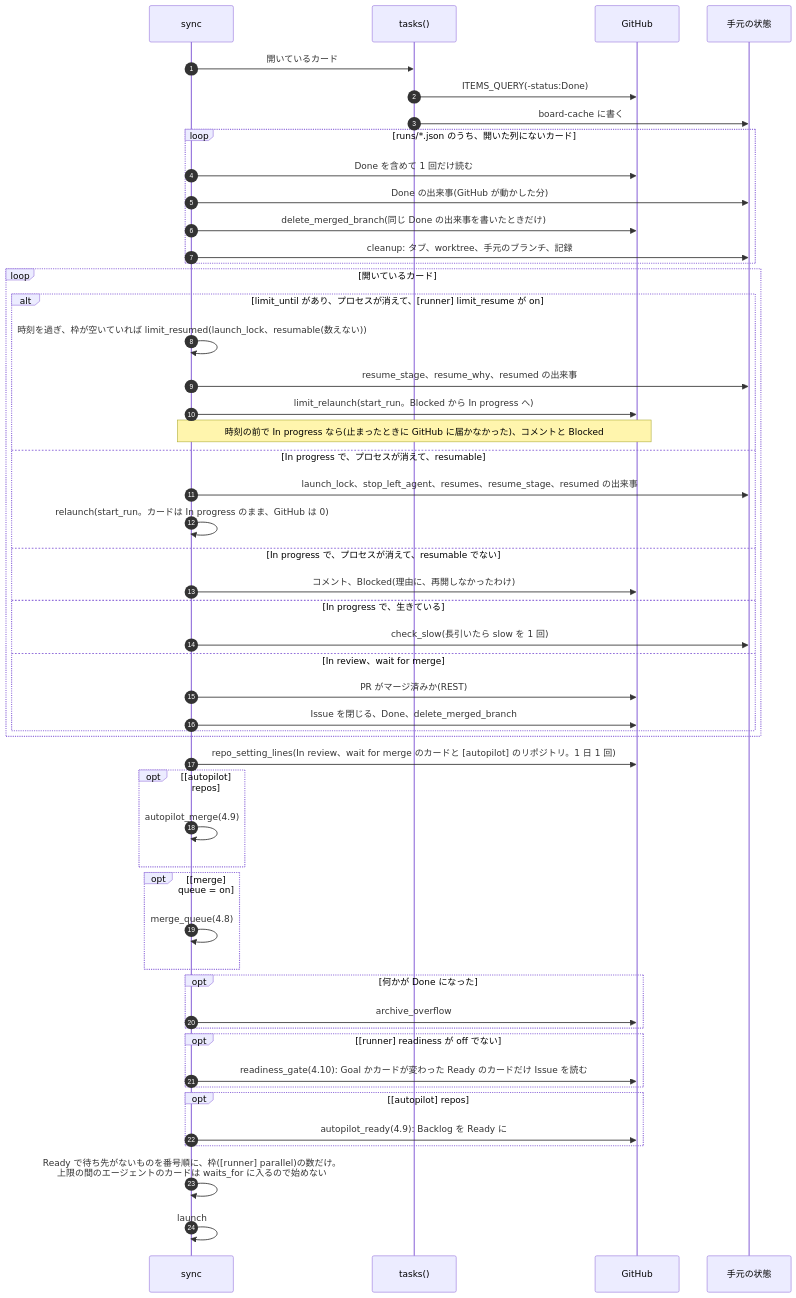
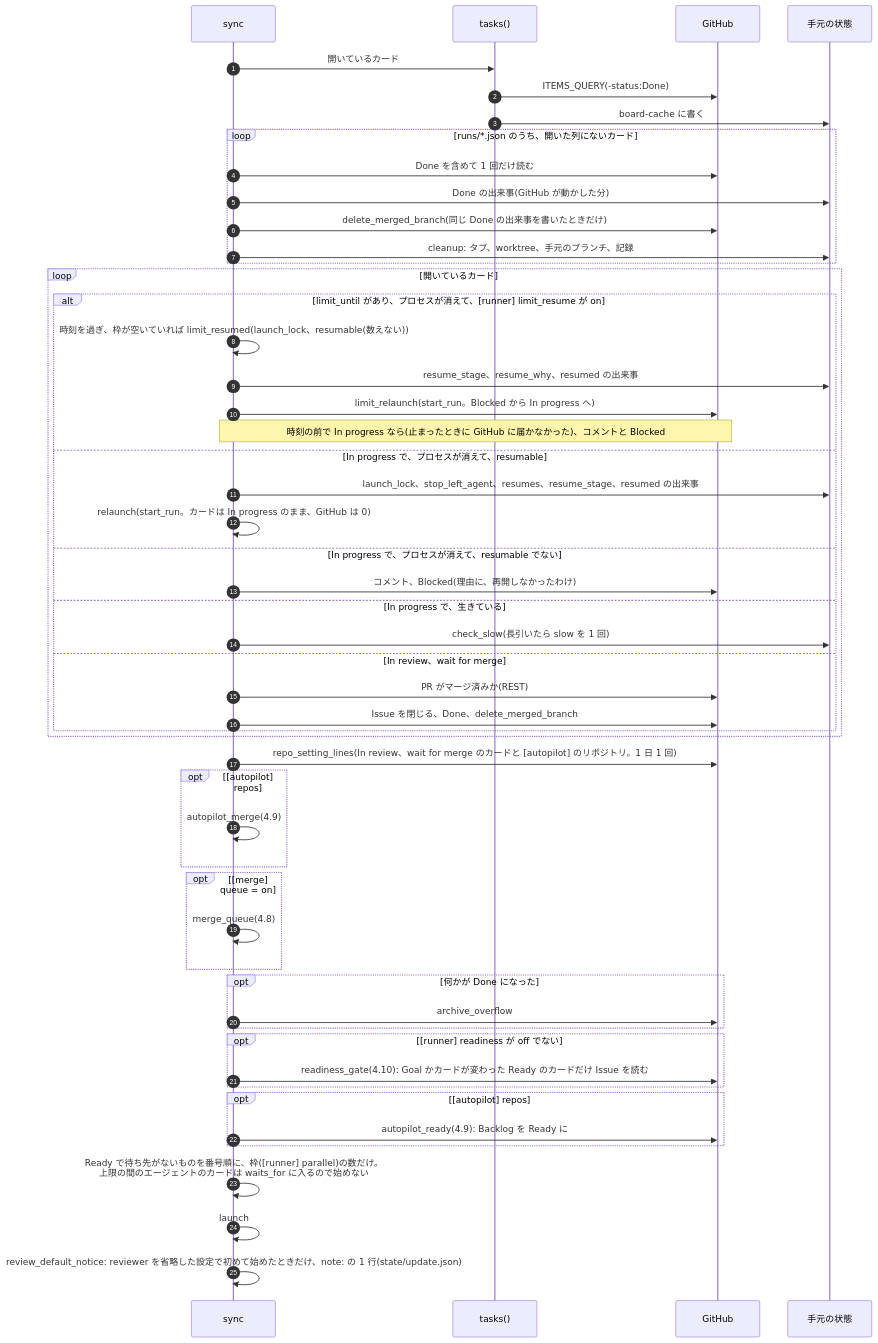
One commit to jyoka/task-hub changed the fourth of 10 diagrams in docs/architecture/lld.md. Above: the diagram before and after it, drawn with Mermaid. The commit also changed other lines of this file and 18 other files, not shown here.

````diff
--- a/docs/architecture/lld.md
+++ b/docs/architecture/lld.md
@@ -251,53 +251,54 @@
 ```mermaid
 sequenceDiagram
     autonumber
     participant S as sync
     participant B as tasks()
     participant GH as GitHub
     participant L as 手元の状態
     S->>B: 開いているカード
     B->>GH: ITEMS_QUERY(-status:Done)
     B->>L: board-cache に書く
     loop runs/*.json のうち、開いた列にないカード
         S->>GH: Done を含めて 1 回だけ読む
         S->>L: Done の出来事(GitHub が動かした分)
         S->>GH: delete_merged_branch(同じ Done の出来事を書いたときだけ)
         S->>L: cleanup: タブ、worktree、手元のブランチ、記録
     end
     loop 開いているカード
         alt limit_until があり、プロセスが消えて、[runner] limit_resume が on
             S->>S: 時刻を過ぎ、枠が空いていれば limit_resumed(launch_lock、resumable(数えない))
             S->>L: resume_stage、resume_why、resumed の出来事
             S->>GH: limit_relaunch(start_run。Blocked から In progress へ)
             Note over S,GH: 時刻の前で In progress なら(止まったときに GitHub に届かなかった)、コメントと Blocked
         else In progress で、プロセスが消えて、resumable
             S->>L: launch_lock、stop_left_agent、resumes、resume_stage、resumed の出来事
             S->>S: relaunch(start_run。カードは In progress のまま、GitHub は 0)
         else In progress で、プロセスが消えて、resumable でない
             S->>GH: コメント、Blocked(理由に、再開しなかったわけ)
         else In progress で、生きている
             S->>L: check_slow(長引いたら slow を 1 回)
         else In review、wait for merge
             S->>GH: PR がマージ済みか(REST)
             S->>GH: Issue を閉じる、Done、delete_merged_branch
         end
     end
     S->>GH: repo_setting_lines(In review、wait for merge のカードと [autopilot] のリポジトリ。1 日 1 回)
     opt [autopilot] repos
         S->>S: autopilot_merge(4.9)
     end
     opt [merge] queue = on
         S->>S: merge_queue(4.8)
     end
     opt 何かが Done になった
         S->>GH: archive_overflow
     end
     opt [runner] readiness が off でない
         S->>GH: readiness_gate(4.10): Goal かカードが変わった Ready のカードだけ Issue を読む
     end
     opt [autopilot] repos
         S->>GH: autopilot_ready(4.9): Backlog を Ready に
     end
     S->>S: Ready で待ち先がないものを番号順に、枠([runner] parallel)の数だけ。<br/>上限の間のエージェントのカードは waits_for に入るので始めない
     S->>S: launch
+    S->>S: review_default_notice: reviewer を省略した設定で初めて始めたときだけ、note: の 1 行(state/update.json)
 ```
````
